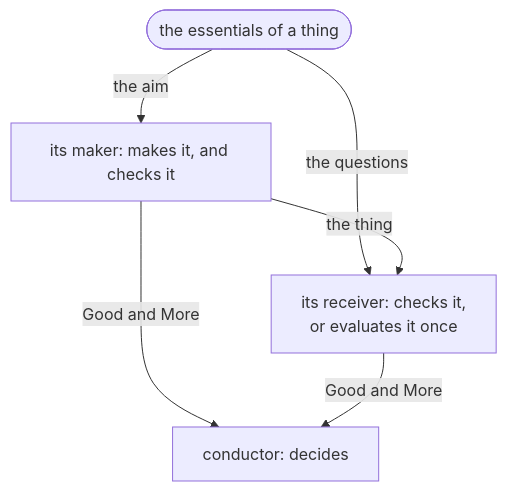
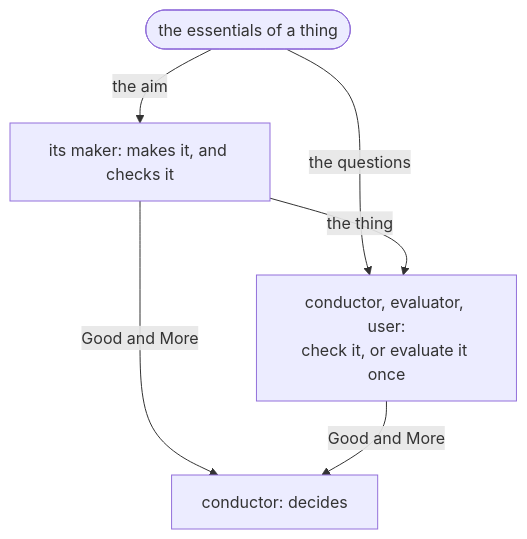
One commit to lovaizu/ccpm changed the fourth of 4 diagrams in rn/docs/design.md. Above: the diagram before and after it, drawn with Mermaid. The commit also changed other lines of this file, not shown here.

Commit message:
docs(rn): design.md — thing and maker defined where the parts are; receiver and the second meaning of part dropped

````diff
--- a/rn/docs/design.md
+++ b/rn/docs/design.md
@@ -161,12 +165,12 @@
 ```mermaid
 flowchart TD
     E(["the essentials of a thing"])
     M["its maker: makes it, and checks it"]
-    V["its receiver: checks it,<br/>or evaluates it once"]
+    V["conductor, evaluator, user:<br/>check it, or evaluate it once"]
     C["conductor: decides"]
     E -->|the aim| M
     E -->|the questions| V
     M -->|the thing| V
     M -->|Good and More| C
     V -->|Good and More| C
 ```
````
